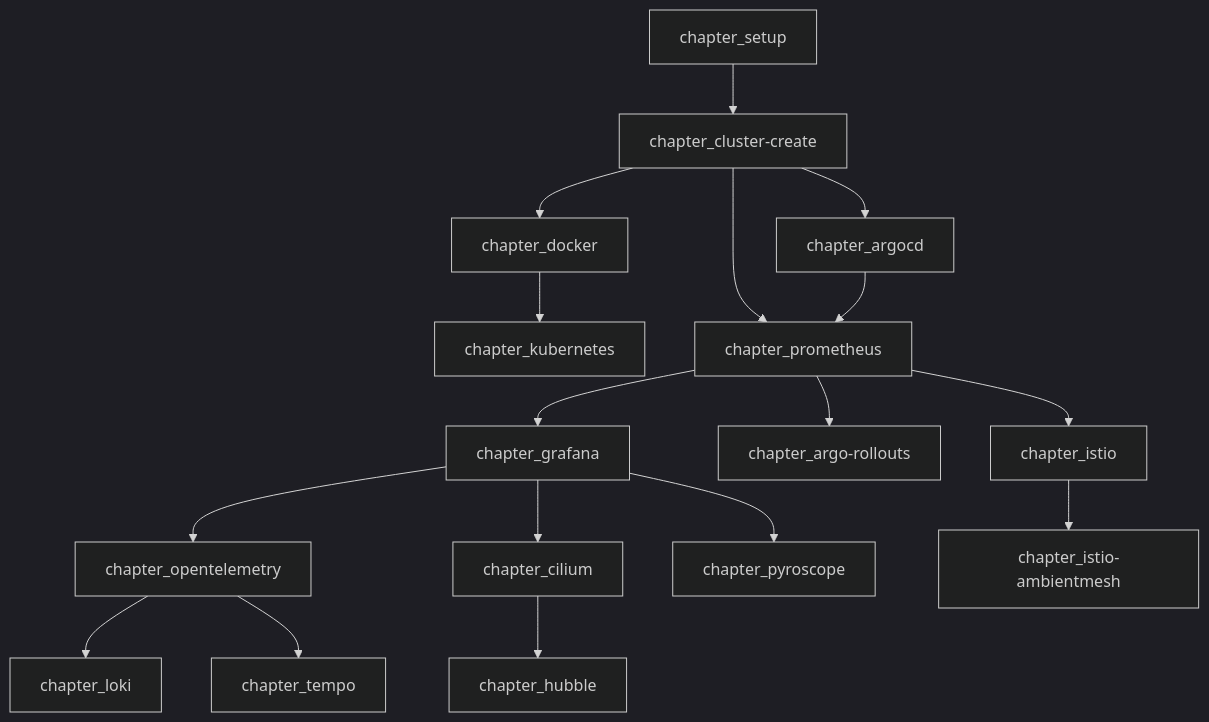
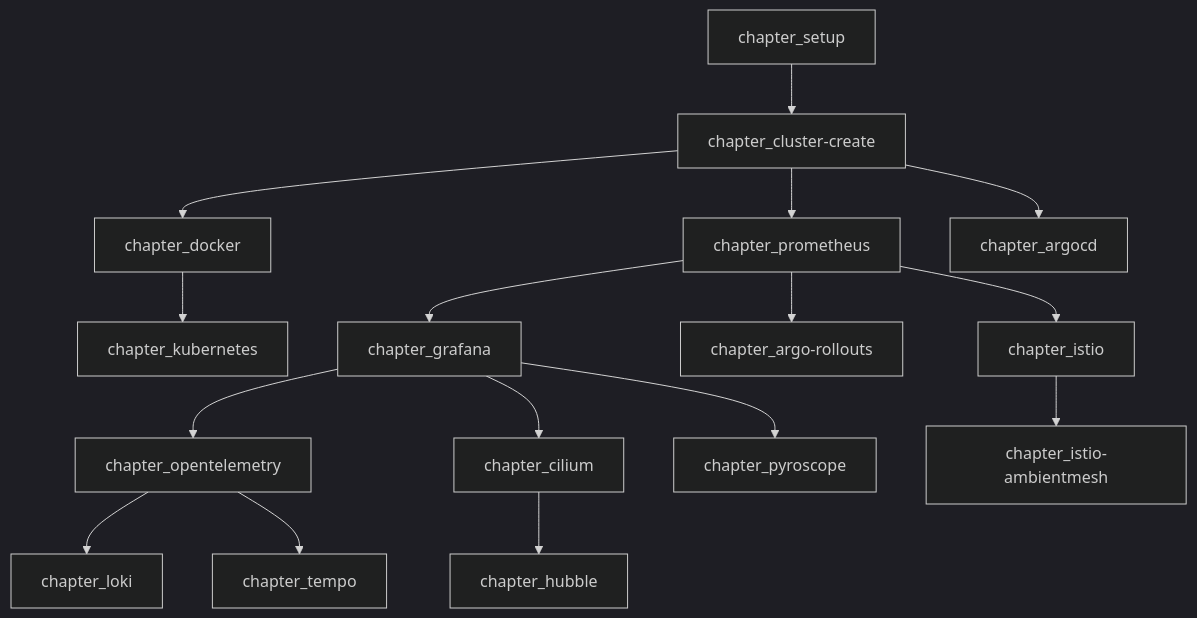
One commit to cloudnativedaysjp/cnd-handson changed the diagram in README.md. Above: the diagram before and after it, drawn with Mermaid (dark theme).

Commit message:
argocd > prometheusの依存を削除

````diff
--- a/README.md
+++ b/README.md
@@ -31,41 +31,40 @@
 ```mermaid
 flowchart TD
     setup[chapter_setup]
     cluster[chapter_cluster-create]
     docker[chapter_docker]
     k8s[chapter_kubernetes]
     prom[chapter_prometheus]
     grafana[chapter_grafana]
     otel[chapter_opentelemetry]
     argocd[chapter_argocd]
     istio[chapter_istio]
     cilium[chapter_cilium]
     argorollouts[chapter_argo-rollouts]
     istioambient[chapter_istio-ambientmesh]
     hubble[chapter_hubble]
     loki[chapter_loki]
     tempo[chapter_tempo]
     pyroscope[chapter_pyroscope]
 
     setup-->cluster
     cluster-->docker
     docker-->k8s
     cluster-->prom
     cluster-->argocd
 
     prom-->grafana
     prom-->argorollouts
     prom-->istio
-    argocd-->prom
 
     grafana-->otel
     grafana-->cilium
     grafana-->pyroscope
 
     otel-->loki
     otel-->tempo
 
     cilium-->hubble
 
     istio-->istioambient
 ```
````
